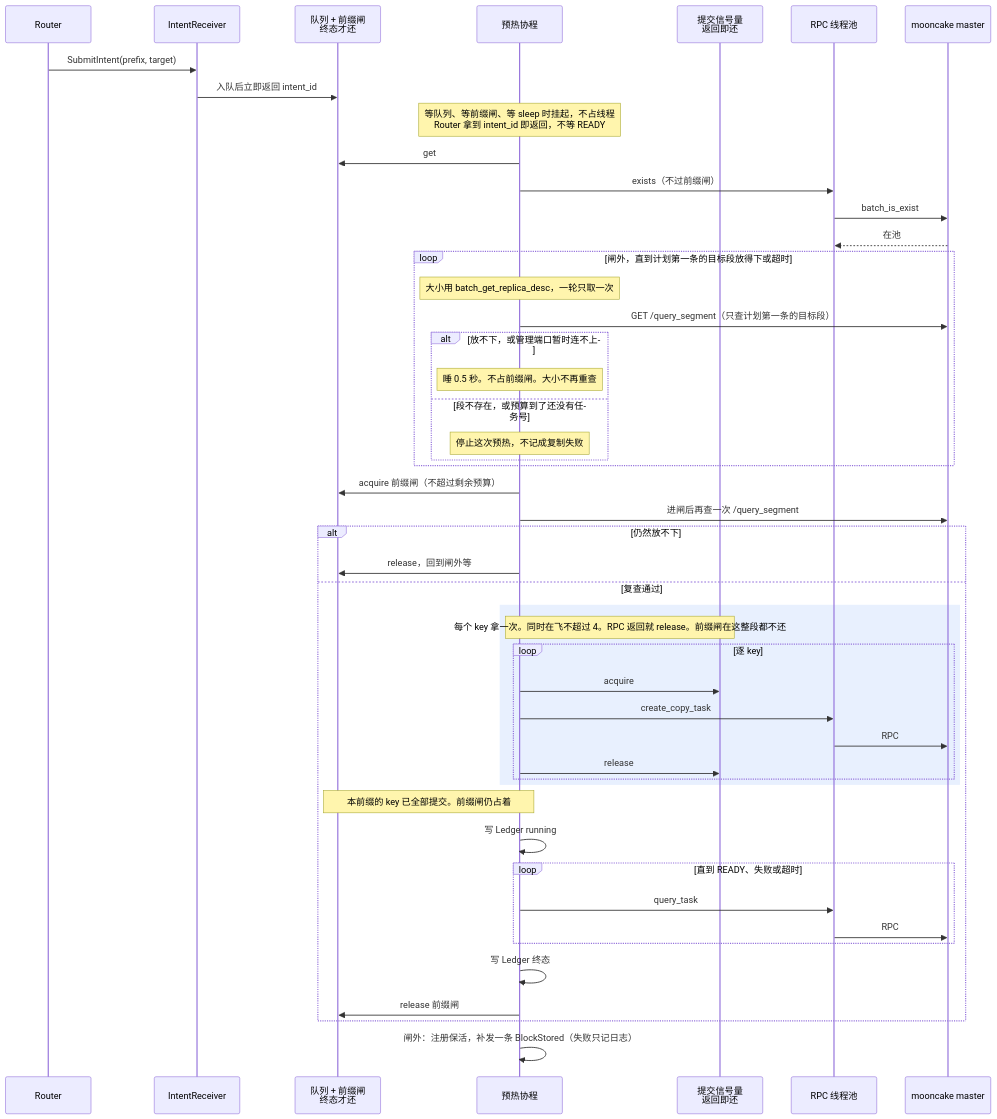
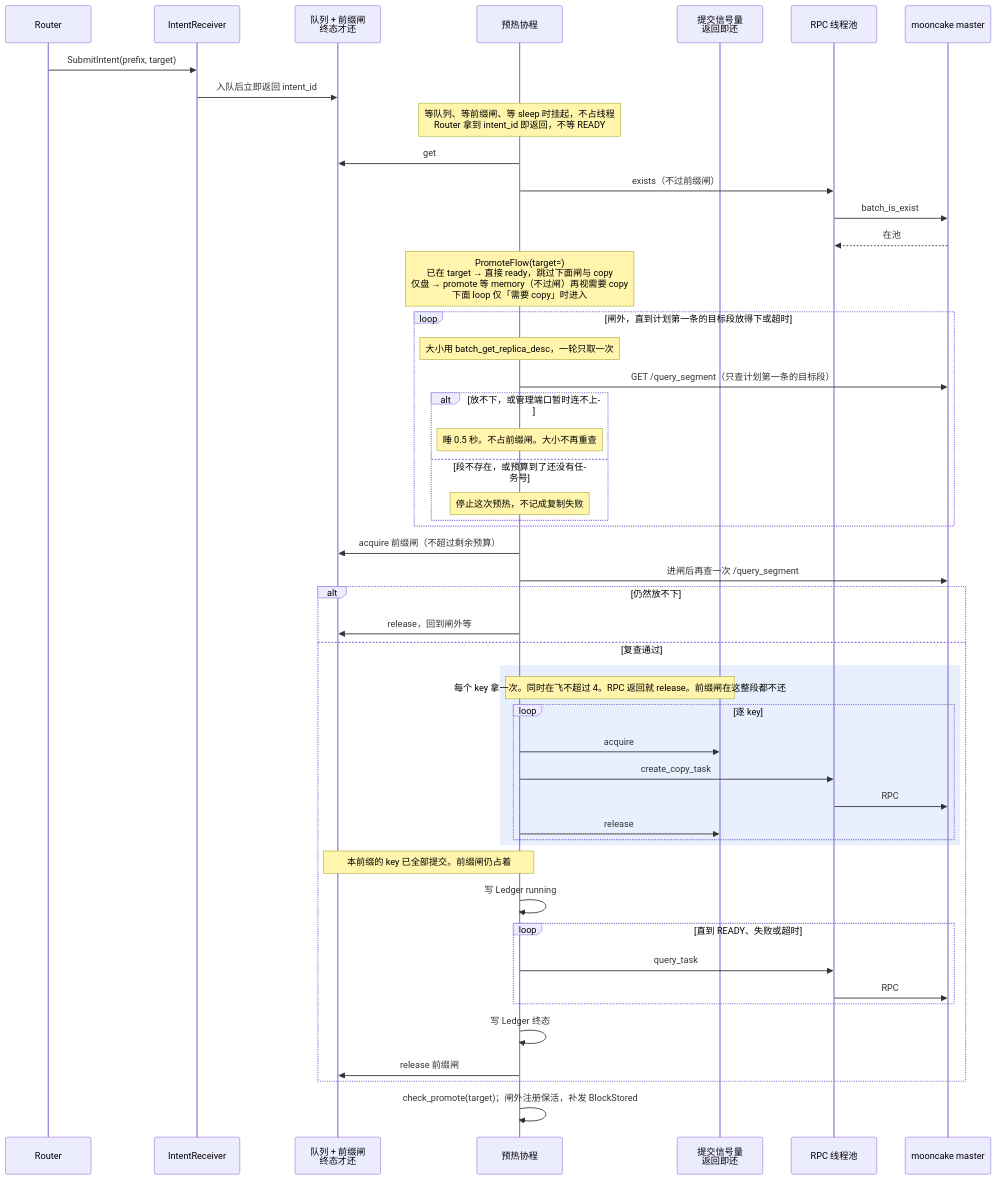
The seventh of 7 diagrams in kvcm/design/code-architecture.md (5x8-40/lake), drawn with Mermaid before and after one commit. The commit also changed other lines of this file and 17 other files, not shown here.

First line of the commit message:
feat(kvcm): demote/promote 与 PromoteFlow (#81)

````diff
--- a/kvcm/design/code-architecture.md
+++ b/kvcm/design/code-architecture.md
@@ -467,51 +476,52 @@
 ```mermaid
 sequenceDiagram
     participant R as Router
     participant Recv as IntentReceiver
     participant Q as 队列 + 前缀闸<br/>终态才还
     participant W as 预热协程
     participant S as 提交信号量<br/>返回即还
     participant Ex as RPC 线程池
     participant M as mooncake master
 
     R->>Recv: SubmitIntent(prefix, target)
     Recv->>Q: 入队后立即返回 intent_id
     Note over W: 等队列、等前缀闸、等 sleep 时挂起，不占线程<br/>Router 拿到 intent_id 即返回，不等 READY
     W->>Q: get
     W->>Ex: exists（不过前缀闸）
     Ex->>M: batch_is_exist
     M-->>Ex: 在池
+    Note over W: PromoteFlow(target=)<br/>已在 target → 直接 ready，跳过下面闸与 copy<br/>仅盘 → promote 等 memory（不过闸）再视需要 copy<br/>下面 loop 仅「需要 copy」时进入
     loop 闸外，直到计划第一条的目标段放得下或超时
         Note over W: 大小用 batch_get_replica_desc，一轮只取一次
         W->>M: GET /query_segment（只查计划第一条的目标段）
         alt 放不下，或管理端口暂时连不上
             Note over W: 睡 0.5 秒。不占前缀闸。大小不再重查
         else 段不存在，或预算到了还没有任务号
             Note over W: 停止这次预热，不记成复制失败
         end
     end
     W->>Q: acquire 前缀闸（不超过剩余预算）
     W->>M: 进闸后再查一次 /query_segment
     alt 仍然放不下
         W->>Q: release，回到闸外等
     else 复查通过
     rect rgb(232, 240, 254)
         Note over W,S: 每个 key 拿一次。同时在飞不超过 4。RPC 返回就 release。前缀闸在这整段都不还
         loop 逐 key
             W->>S: acquire
             W->>Ex: create_copy_task
             Ex->>M: RPC
             W->>S: release
         end
     end
     Note over W,Q: 本前缀的 key 已全部提交。前缀闸仍占着
     W->>W: 写 Ledger running
     loop 直到 READY、失败或超时
         W->>Ex: query_task
         Ex->>M: RPC
     end
     W->>W: 写 Ledger 终态
     W->>Q: release 前缀闸
     end
-    W->>W: 闸外：注册保活，补发一条 BlockStored（失败只记日志）
+    W->>W: check_promote(target)；闸外注册保活，补发 BlockStored
 ```
````
